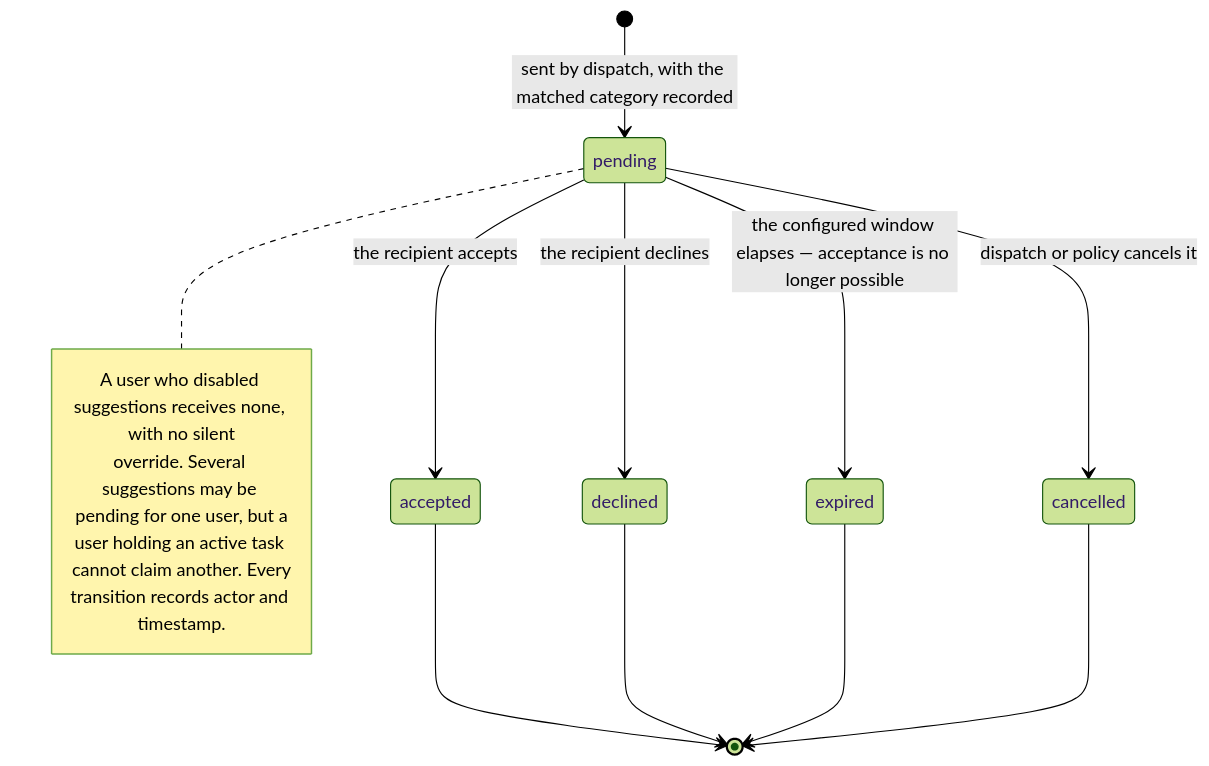
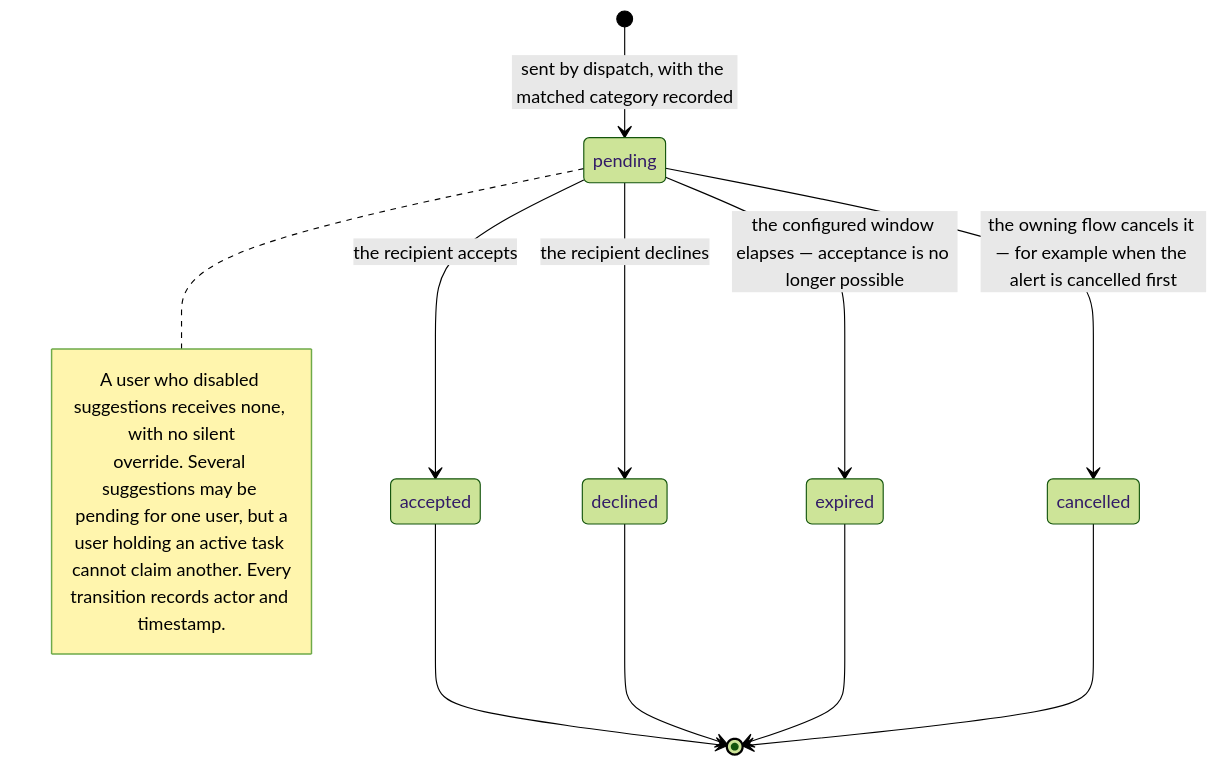
Before and after one commit to komeilm76/boro_biya: the tenth of 16 diagrams in docs/DIAGRAMS.md, drawn with Mermaid (forest theme). The commit also changed other lines of this file and 8 other files, not shown here.

````diff
--- a/docs/DIAGRAMS.md
+++ b/docs/DIAGRAMS.md
@@ -248,18 +254,18 @@
 ```mermaid
 stateDiagram-v2
   [*] --> pending : sent by dispatch, with the matched category recorded
   pending --> accepted : the recipient accepts
   pending --> declined : the recipient declines
   pending --> expired : the configured window elapses — acceptance is no longer possible
-  pending --> cancelled : dispatch or policy cancels it
+  pending --> cancelled : the owning flow cancels it — for example when the alert is cancelled first
   accepted --> [*]
   declined --> [*]
   expired --> [*]
   cancelled --> [*]
   note right of pending
     A user who disabled suggestions receives none, with no silent
     override. Several suggestions may be pending for one user, but a
     user holding an active task cannot claim another. Every
     transition records actor and timestamp.
   end note
 ```
````
